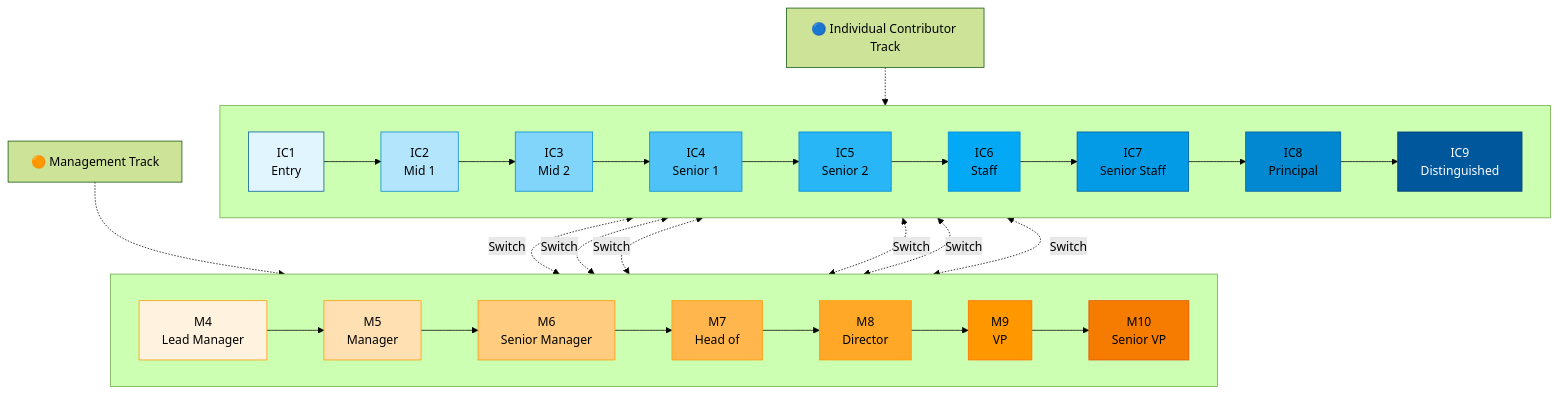
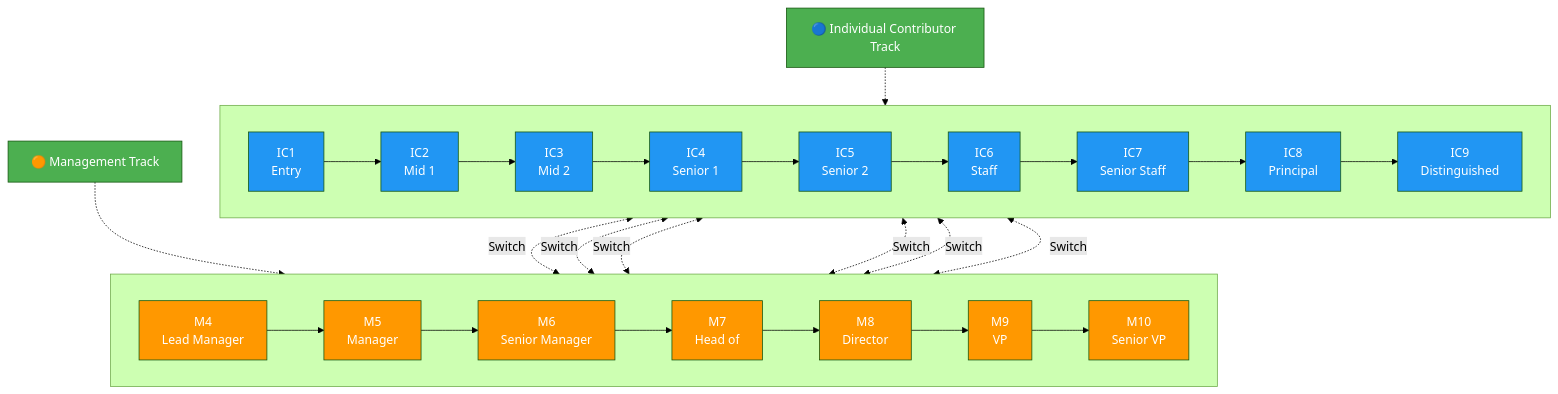
One commit to ultralytics/handbook changed the diagram in docs/en/people/careers/index.md. Above: the diagram before and after it, drawn with Mermaid (forest theme). The commit also changed 16 other files, not shown here.

Commit message:
Standardize Mermaid diagram colors (#302)

````diff
--- a/docs/en/people/careers/index.md
+++ b/docs/en/people/careers/index.md
@@ -21,70 +21,41 @@
 ```mermaid
 flowchart TB
-    IC_TITLE["🔵 Individual Contributor Track"]
-    MGMT_TITLE["🟠 Management Track"]
+    IC_TITLE["🔵 Individual Contributor Track"]:::start
+    MGMT_TITLE["🟠 Management Track"]:::start
 
     subgraph IC [" "]
         direction LR
-        IC1["IC1<br/>Entry"] --> IC2["IC2<br/>Mid 1"]
-        IC2 --> IC3["IC3<br/>Mid 2"]
-        IC3 --> IC4["IC4<br/>Senior 1"]
-        IC4 --> IC5["IC5<br/>Senior 2"]
-        IC5 --> IC6["IC6<br/>Staff"]
-        IC6 --> IC7["IC7<br/>Senior Staff"]
-        IC7 --> IC8["IC8<br/>Principal"]
-        IC8 --> IC9["IC9<br/>Distinguished"]
+        IC1["IC1<br/>Entry"]:::proc --> IC2["IC2<br/>Mid 1"]:::proc
+        IC2 --> IC3["IC3<br/>Mid 2"]:::proc
+        IC3 --> IC4["IC4<br/>Senior 1"]:::proc
+        IC4 --> IC5["IC5<br/>Senior 2"]:::proc
+        IC5 --> IC6["IC6<br/>Staff"]:::proc
+        IC6 --> IC7["IC7<br/>Senior Staff"]:::proc
+        IC7 --> IC8["IC8<br/>Principal"]:::proc
+        IC8 --> IC9["IC9<br/>Distinguished"]:::proc
     end
 
     subgraph MGMT [" "]
         direction LR
-        M4["M4<br/>Lead Manager"] --> M5["M5<br/>Manager"]
-        M5 --> M6["M6<br/>Senior Manager"]
-        M6 --> M7["M7<br/>Head of"]
-        M7 --> M8["M8<br/>Director"]
-        M8 --> M9["M9<br/>VP"]
-        M9 --> M10["M10<br/>Senior VP"]
+        M4["M4<br/>Lead Manager"]:::decide --> M5["M5<br/>Manager"]:::decide
+        M5 --> M6["M6<br/>Senior Manager"]:::decide
+        M6 --> M7["M7<br/>Head of"]:::decide
+        M7 --> M8["M8<br/>Director"]:::decide
+        M8 --> M9["M9<br/>VP"]:::decide
+        M9 --> M10["M10<br/>Senior VP"]:::decide
     end
 
     IC_TITLE -.-> IC
     MGMT_TITLE -.-> MGMT
 
     IC4 <-.->|Switch| M4
     IC5 <-.->|Switch| M4
     IC5 <-.->|Switch| M5
     IC6 <-.->|Switch| M5
     IC6 <-.->|Switch| M6
     IC7 <-.->|Switch| M6
 
-    classDef ic1 fill:#e1f5ff,stroke:#01579b,color:#000;
-    classDef ic2 fill:#b3e5fc,stroke:#0288d1,color:#000;
-    classDef ic3 fill:#81d4fa,stroke:#0288d1,color:#000;
-    classDef ic4 fill:#4fc3f7,stroke:#0288d1,color:#000;
-    classDef ic5 fill:#29b6f6,stroke:#0288d1,color:#000;
-    classDef ic6 fill:#03a9f4,stroke:#0288d1,color:#000;
-    classDef ic7 fill:#039be5,stroke:#01579b,color:#000;
-    classDef ic8 fill:#0288d1,stroke:#01579b,color:#000;
-    classDef ic9 fill:#01579b,stroke:#013b70,color:#fff;
-    classDef m04 fill:#fff3e0,stroke:#ff9800,color:#000;
-    classDef m05 fill:#ffe0b2,stroke:#ff9800,color:#000;
-    classDef m06 fill:#ffcc80,stroke:#ff9800,color:#000;
-    classDef m07 fill:#ffb74d,stroke:#ff9800,color:#000;
-    classDef m08 fill:#ffa726,stroke:#ff9800,color:#000;
-    classDef m09 fill:#ff9800,stroke:#ff6f00,color:#000;
-    classDef m10 fill:#f57c00,stroke:#e65100,color:#000;
-    class IC1 ic1;
-    class IC2 ic2;
-    class IC3 ic3;
-    class IC4 ic4;
-    class IC5 ic5;
-    class IC6 ic6;
-    class IC7 ic7;
-    class IC8 ic8;
-    class IC9 ic9;
-    class M4 m04;
-    class M5 m05;
-    class M6 m06;
-    class M7 m07;
-    class M8 m08;
-    class M9 m09;
-    class M10 m10;
+    classDef start fill:#4CAF50,color:#fff
+    classDef proc fill:#2196F3,color:#fff
+    classDef decide fill:#FF9800,color:#fff
 ```
````
